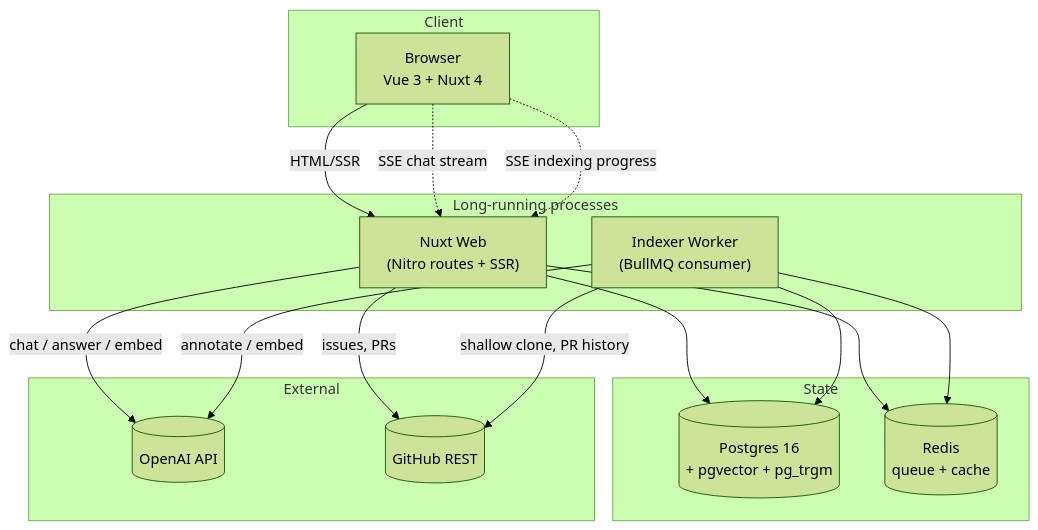
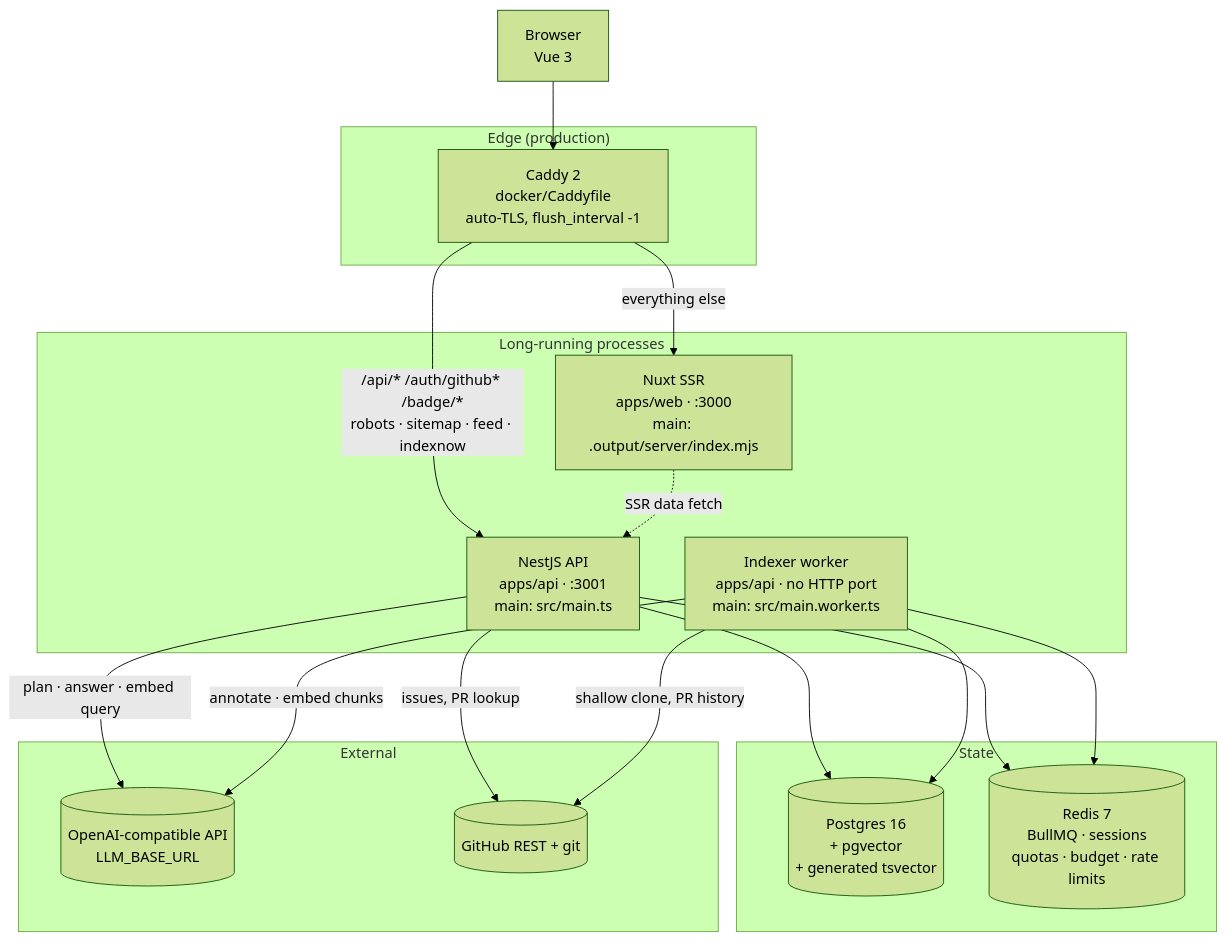
One commit to psyspeedi/repobuddy changed the first of 4 diagrams in docs/architecture.md. Above: the diagram before and after it, drawn with Mermaid (forest theme). The commit also changed other lines of this file and 7 other files, not shown here.

````diff
--- a/docs/architecture.md
+++ b/docs/architecture.md
@@ -9,36 +17,41 @@
 ```mermaid
 flowchart TB
-    subgraph Client
-      Browser["Browser<br/>Vue 3 + Nuxt 4"]
+    Browser["Browser<br/>Vue 3"]
+
+    subgraph Edge["Edge (production)"]
+      Caddy["Caddy 2<br/>docker/Caddyfile<br/>auto-TLS, flush_interval -1"]
     end
 
     subgraph Processes["Long-running processes"]
-      Web["Nuxt Web<br/>(Nitro routes + SSR)"]
-      Worker["Indexer Worker<br/>(BullMQ consumer)"]
+      Web["Nuxt SSR<br/>apps/web · :3000<br/>main: .output/server/index.mjs"]
+      Api["NestJS API<br/>apps/api · :3001<br/>main: src/main.ts"]
+      Worker["Indexer worker<br/>apps/api · no HTTP port<br/>main: src/main.worker.ts"]
     end
 
     subgraph State["State"]
-      Postgres[("Postgres 16<br/>+ pgvector + pg_trgm")]
-      Redis[("Redis<br/>queue + cache")]
+      Postgres[("Postgres 16<br/>+ pgvector<br/>+ generated tsvector")]
+      Redis[("Redis 7<br/>BullMQ · sessions<br/>quotas · budget · rate limits")]
     end
 
     subgraph External["External"]
-      OpenAI[(OpenAI API)]
-      GitHub[(GitHub REST)]
+      LLM[("OpenAI-compatible API<br/>LLM_BASE_URL")]
+      GitHub[("GitHub REST + git")]
     end
 
-    Browser -->|HTML/SSR| Web
-    Browser -.->|SSE chat stream| Web
-    Browser -.->|SSE indexing progress| Web
+    Browser --> Caddy
+    Caddy -->|"everything else"| Web
+    Caddy -->|"/api/* /auth/github* /badge/*<br/>robots · sitemap · feed · indexnow"| Api
 
-    Web --> Postgres
+    Web -.->|"SSR data fetch"| Api
+
+    Api --> Postgres
+    Api --> Redis
     Worker --> Postgres
-    Web --> Redis
     Worker --> Redis
 
-    Web -->|chat / answer / embed| OpenAI
-    Worker -->|annotate / embed| OpenAI
+    Api -->|"plan · answer · embed query"| LLM
+    Worker -->|"annotate · embed chunks"| LLM
 
-    Web -->|issues, PRs| GitHub
-    Worker -->|shallow clone, PR history| GitHub
+    Api -->|"issues, PR lookup"| GitHub
+    Worker -->|"shallow clone, PR history"| GitHub
 ```
````
